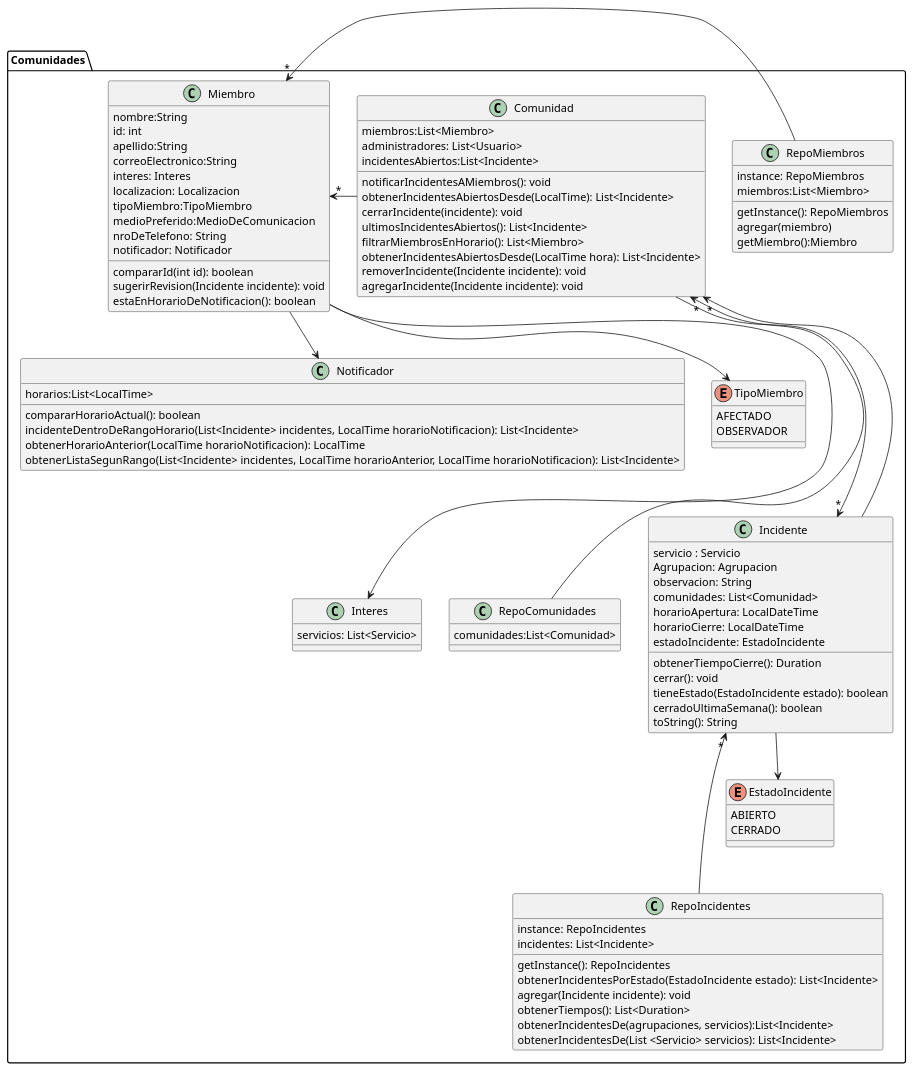
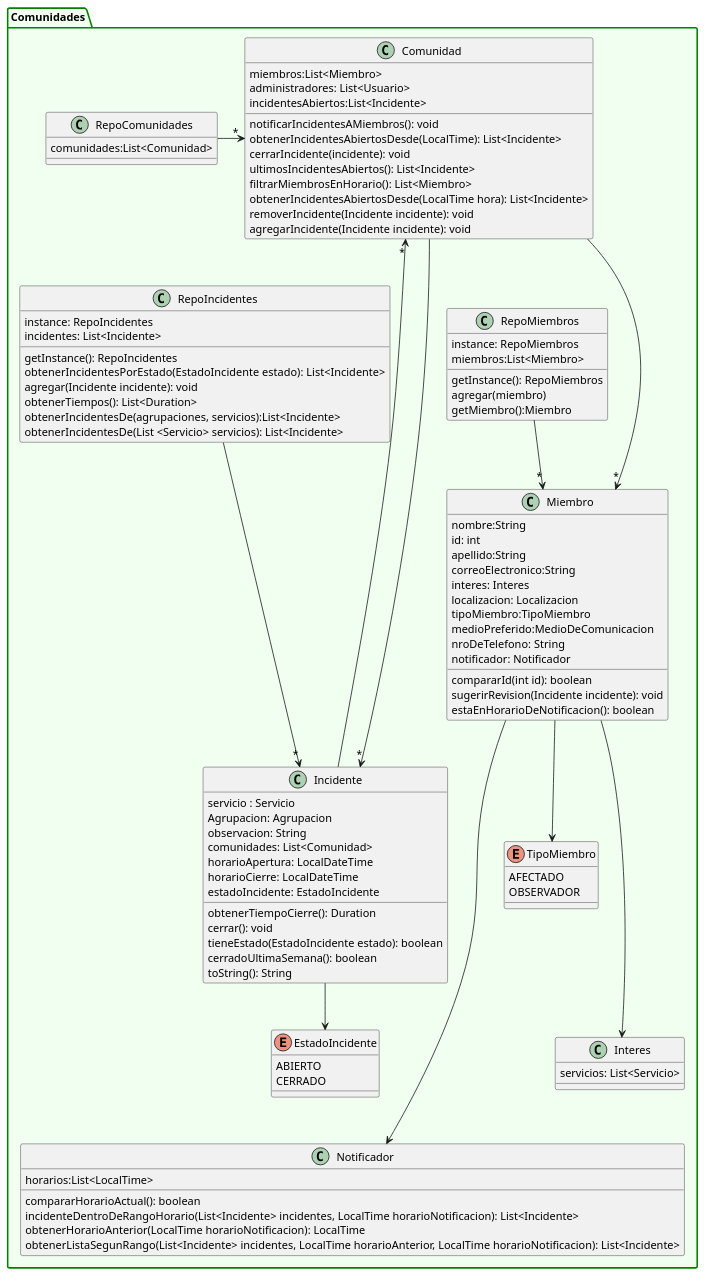
The diagram in Entrega-3/out/comunidades.puml (tomidandrea/TPA-DDS-2023), drawn with PlantUML before and after one commit. The commit also changed 9 other files, not shown here.

Commit message:
Ordeno diagrama de clases

```diff
--- a/Entrega-3/out/comunidades.puml
+++ b/Entrega-3/out/comunidades.puml
@@ -1,108 +1,108 @@
 @startuml
 'https://plantuml.com/class-diagram
-package Comunidades{
+package Comunidades #back:honeydew;line:Green;line.bold{
     class Comunidad{
         miembros:List<Miembro>
         administradores: List<Usuario>
         incidentesAbiertos:List<Incidente>
         notificarIncidentesAMiembros(): void
         obtenerIncidentesAbiertosDesde(LocalTime): List<Incidente>
         cerrarIncidente(incidente): void
         ultimosIncidentesAbiertos(): List<Incidente>
         filtrarMiembrosEnHorario(): List<Miembro>
         obtenerIncidentesAbiertosDesde(LocalTime hora): List<Incidente>
         removerIncidente(Incidente incidente): void
         agregarIncidente(Incidente incidente): void
 
     }
 
     class RepoComunidades{
         comunidades:List<Comunidad>
     }
 
     class Notificador {
          horarios:List<LocalTime>
          compararHorarioActual(): boolean
          incidenteDentroDeRangoHorario(List<Incidente> incidentes, LocalTime horarioNotificacion): List<Incidente>
          obtenerHorarioAnterior(LocalTime horarioNotificacion): LocalTime
          obtenerListaSegunRango(List<Incidente> incidentes, LocalTime horarioAnterior, LocalTime horarioNotificacion): List<Incidente>
     }
 
     class Miembro{
         nombre:String
         id: int
         apellido:String
         correoElectronico:String
         interes: Interes
         localizacion: Localizacion
         tipoMiembro:TipoMiembro
         medioPreferido:MedioDeComunicacion
         nroDeTelefono: String
         notificador: Notificador
         compararId(int id): boolean
         sugerirRevision(Incidente incidente): void
         estaEnHorarioDeNotificacion(): boolean
     }
 
     enum TipoMiembro{
         AFECTADO
         OBSERVADOR
     }
 
     class RepoMiembros{
         instance: RepoMiembros
         miembros:List<Miembro>
         getInstance(): RepoMiembros
         agregar(miembro)
         getMiembro():Miembro
     }
 
     class Interes{
         servicios: List<Servicio>
     }
 
     class  Incidente{
         servicio : Servicio
         Agrupacion: Agrupacion
         observacion: String
         comunidades: List<Comunidad>
         horarioApertura: LocalDateTime
         horarioCierre: LocalDateTime
         estadoIncidente: EstadoIncidente
         obtenerTiempoCierre(): Duration
         cerrar(): void
         tieneEstado(EstadoIncidente estado): boolean
         cerradoUltimaSemana(): boolean
         toString(): String
     }
 
     class RepoIncidentes{
         instance: RepoIncidentes
         incidentes: List<Incidente>
         getInstance(): RepoIncidentes
         obtenerIncidentesPorEstado(EstadoIncidente estado):  List<Incidente>
         agregar(Incidente incidente): void
         obtenerTiempos(): List<Duration>
         obtenerIncidentesDe(agrupaciones, servicios):List<Incidente>
         obtenerIncidentesDe(List <Servicio> servicios): List<Incidente>
     }
 
     enum EstadoIncidente {
         ABIERTO
         CERRADO
     }
 
-    Incidente-->"*"Comunidad
+    Incidente-up-->"*"Comunidad
     Incidente-->EstadoIncidente
-    Comunidad--->"*"Incidente
-    RepoIncidentes --up->"*" Incidente
-    RepoMiembros -left->"*" Miembro
-    Comunidad -left->"*" Miembro
-    RepoComunidades -up-->"*" Comunidad
-    Miembro-down->TipoMiembro
-    Miembro-down-->Interes
-    Miembro-->Notificador
+    Comunidad--down-->"*"Incidente
+    RepoIncidentes--->"*" Incidente
+    RepoMiembros -->"*" Miembro
+    Comunidad -down-->"*" Miembro
+    RepoComunidades -right->"*" Comunidad
+    Miembro-->TipoMiembro
+    Miembro--down->Interes
+    Miembro--down-->Notificador
 }
 
 
 @enduml
```
